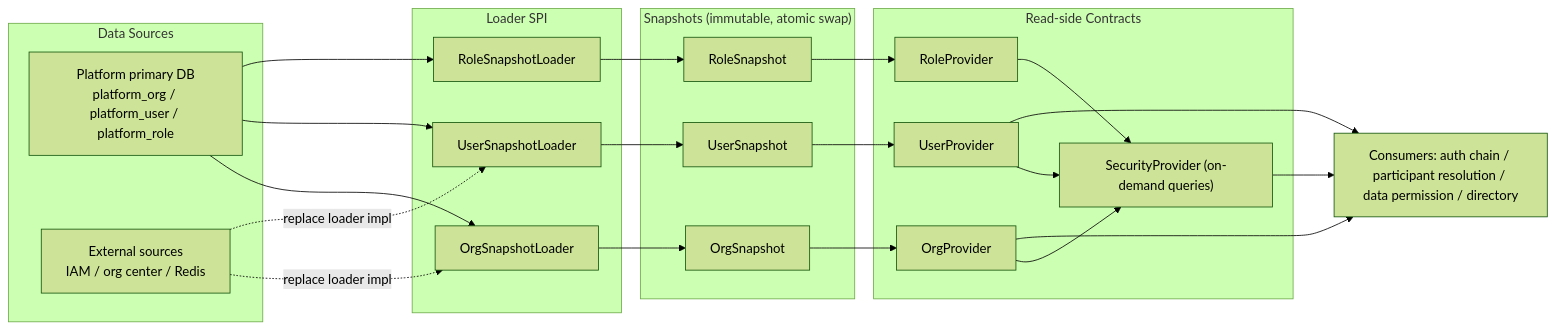
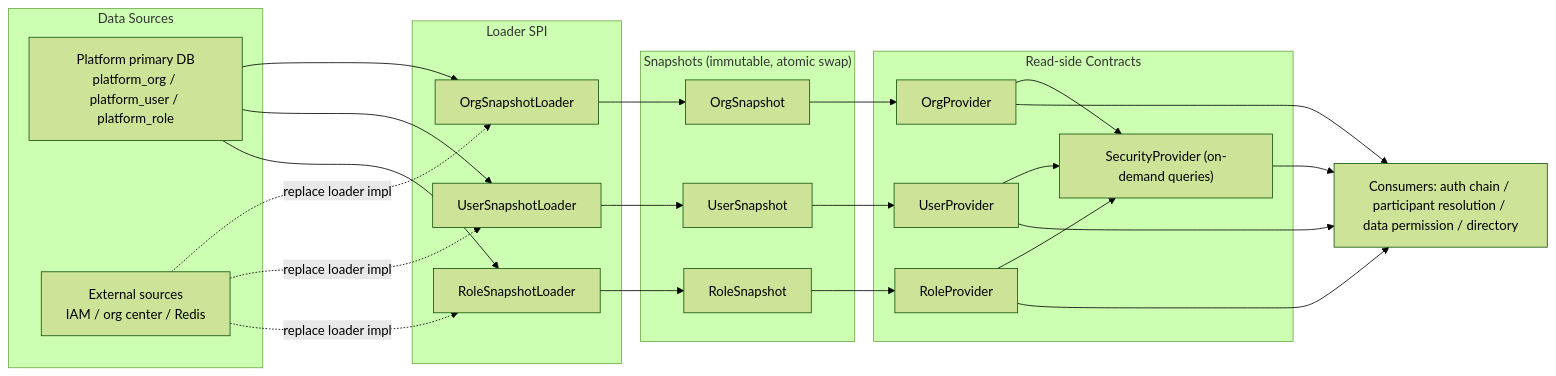
Before and after one commit to geelato-projects/geelato-community-backend: the diagram in website/i18n/en/docusaurus-plugin-content-docs/current/security/overview.md, drawn with Mermaid (forest theme). The commit also changed 42 other files, not shown here.

````diff
--- a/website/i18n/en/docusaurus-plugin-content-docs/current/security/overview.md
+++ b/website/i18n/en/docusaurus-plugin-content-docs/current/security/overview.md
@@ -22,43 +22,45 @@
 ```mermaid
 flowchart LR
     subgraph Source["Data Sources"]
         DB["Platform primary DB
 platform_org / platform_user / platform_role"]
         EXT["External sources
 IAM / org center / Redis"]
     end
     subgraph Load["Loader SPI"]
         L1["OrgSnapshotLoader"]
         L2["UserSnapshotLoader"]
         L3["RoleSnapshotLoader"]
     end
     subgraph Snap["Snapshots (immutable, atomic swap)"]
         S1["OrgSnapshot"]
         S2["UserSnapshot"]
         S3["RoleSnapshot"]
     end
     subgraph Read["Read-side Contracts"]
         P1["OrgProvider"]
         P2["UserProvider"]
         P3["RoleProvider"]
         P4["SecurityProvider (on-demand queries)"]
     end
     C["Consumers: auth chain / participant resolution / data permission / directory"]
     DB --> L1
     DB --> L2
     DB --> L3
     EXT -. replace loader impl .-> L1
     EXT -. replace loader impl .-> L2
+    EXT -. replace loader impl .-> L3
     L1 --> S1
     L2 --> S2
     L3 --> S3
     S1 --> P1
     S2 --> P2
     S3 --> P3
     P1 --> P4
     P2 --> P4
     P3 --> P4
     P1 --> C
     P2 --> C
+    P3 --> C
     P4 --> C
 ```
````
